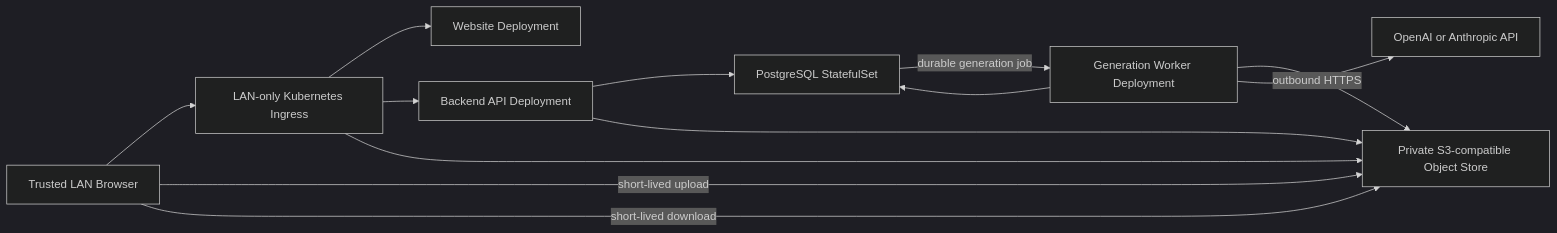
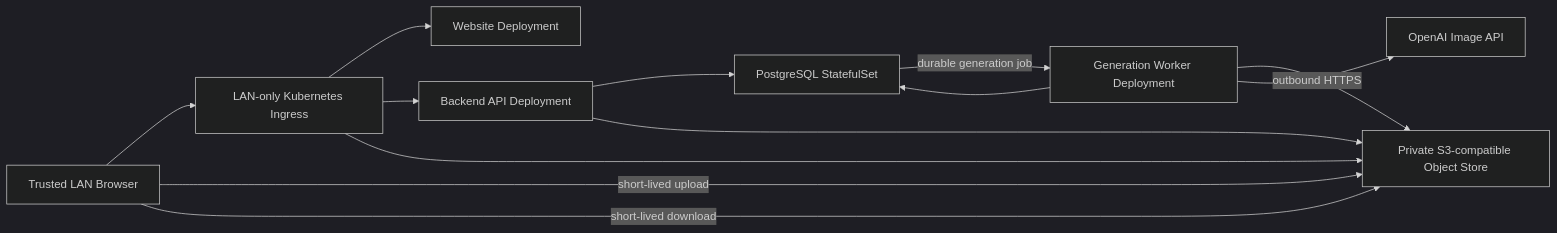
The diagram in docs/ai-artist/lld/milestone-1-lld-05-runtime-security-ops.md (tongking6/ai-artist), drawn with Mermaid (dark theme) before and after one commit. The commit also changed other lines of this file and 9 other files, not shown here.

````diff
--- a/docs/ai-artist/lld/milestone-1-lld-05-runtime-security-ops.md
+++ b/docs/ai-artist/lld/milestone-1-lld-05-runtime-security-ops.md
@@ -46,15 +46,15 @@
 ```mermaid
 flowchart LR
   U["Trusted LAN Browser"] --> I["LAN-only Kubernetes Ingress"]
   I --> WB["Website Deployment"]
   I --> API["Backend API Deployment"]
   I --> OS["Private S3-compatible Object Store"]
   API --> DB["PostgreSQL StatefulSet"]
   API --> OS
   U -->|short-lived upload| OS
   DB -->|durable generation job| GW["Generation Worker Deployment"]
   GW --> OS
   GW --> DB
-  GW -->|outbound HTTPS| P["OpenAI or Anthropic API"]
+  GW -->|outbound HTTPS| P["OpenAI Image API"]
   U -->|short-lived download| OS
 ```
````
